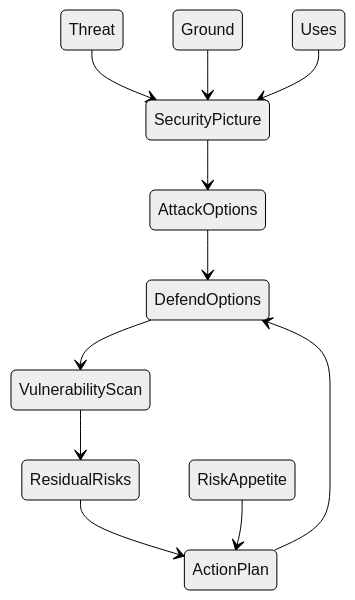
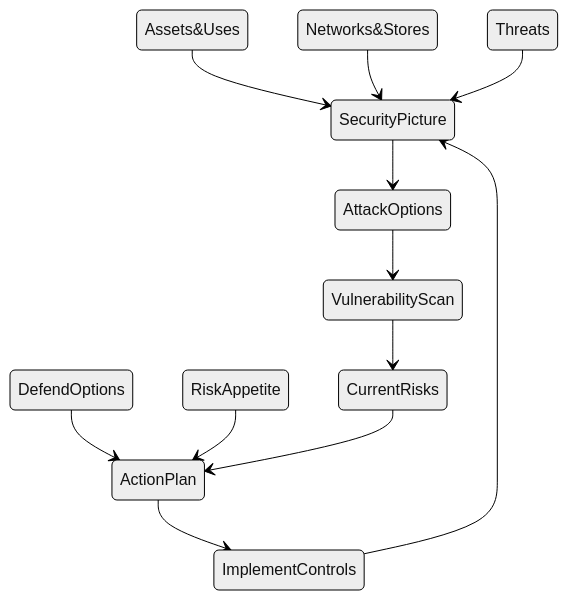
The diagram in Outline.md (SecureByDesign-Playbook/SecureByDesign-Playbook), drawn with Mermaid (neutral theme) before and after one commit. The commit also changed other lines of this file and 23 other files, not shown here.

````diff
--- a/Outline.md
+++ b/Outline.md
@@ -10,16 +18,18 @@
 ```mermaid
 stateDiagram
-   Threat --> SecurityPicture
-   Ground --> SecurityPicture
-   Uses --> SecurityPicture
+   Assets&Uses --> SecurityPicture
+   Networks&Stores --> SecurityPicture
+   Threats --> SecurityPicture
 
    SecurityPicture --> AttackOptions
-   AttackOptions --> DefendOptions
-   DefendOptions --> VulnerabilityScan
-   VulnerabilityScan --> ResidualRisks
-   ResidualRisks --> ActionPlan
+   AttackOptions --> VulnerabilityScan
+   VulnerabilityScan --> CurrentRisks
+   DefendOptions --> ActionPlan
    RiskAppetite --> ActionPlan
-   ActionPlan --> DefendOptions
+   CurrentRisks --> ActionPlan
+   ActionPlan --> ImplementControls
+   ImplementControls --> SecurityPicture
+
 
 
 ```
````
